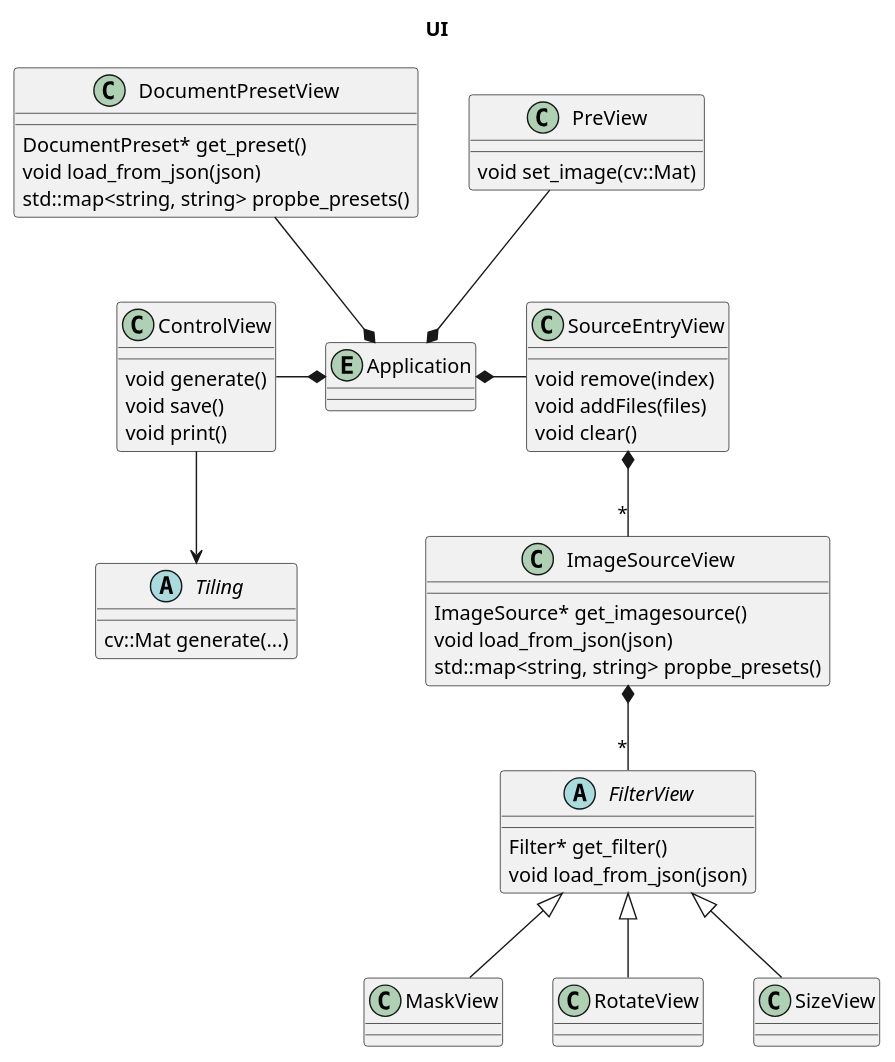
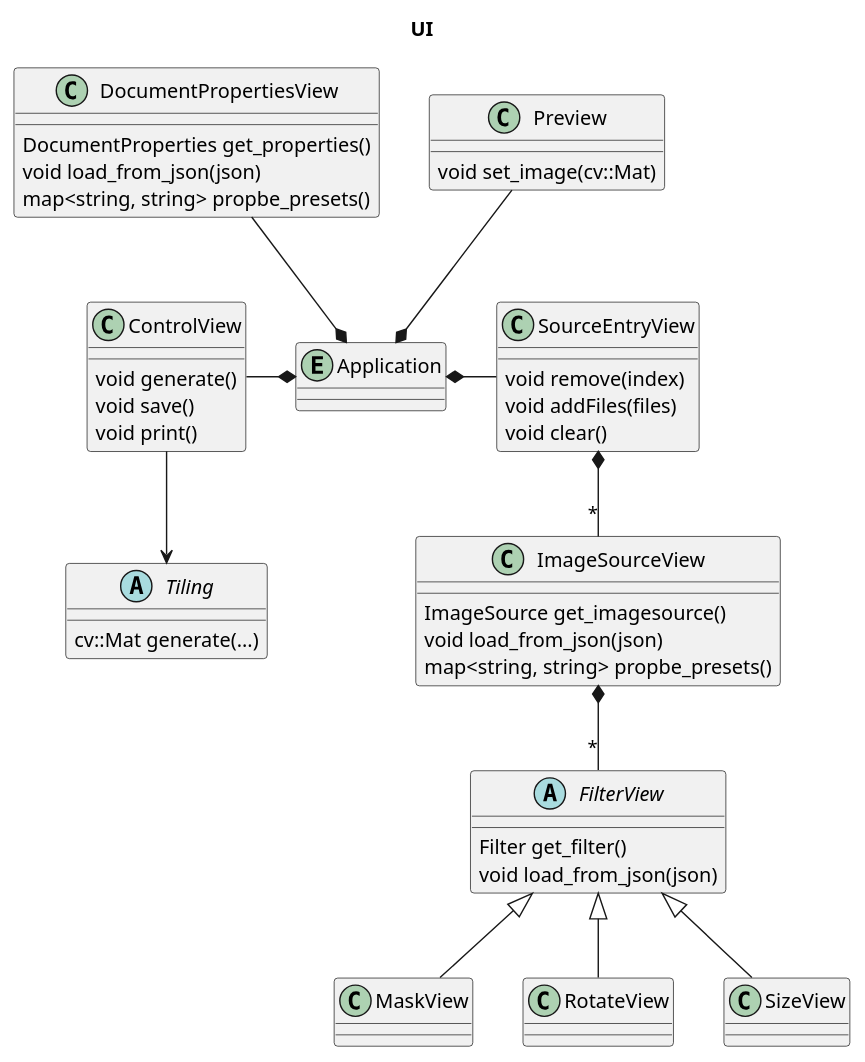
The diagram in uml/ui.puml (Gilgames32/printf), drawn with PlantUML before and after one commit. The commit also changed 3 other files, not shown here.

```diff
--- a/uml/ui.puml
+++ b/uml/ui.puml
@@ -1,68 +1,68 @@
 @startuml ui
 
 title UI
 
 entity Application {
 }
 
 
 class SourceEntryView {
     void remove(index)
     void addFiles(files)
     void clear()
 }
 Application *- SourceEntryView
 
 class ImageSourceView {
-    ImageSource* get_imagesource()
+    ImageSource get_imagesource()
     void load_from_json(json)
-    std::map<string, string> propbe_presets()
+    map<string, string> propbe_presets()
 }
 SourceEntryView *-- "*" ImageSourceView
 
 abstract FilterView {
-    Filter* get_filter()
+    Filter get_filter()
     void load_from_json(json)
 }
 ImageSourceView *-- "*" FilterView
 
 class MaskView {
 }
 FilterView <|-- MaskView
 
 class RotateView {
 }
 FilterView <|-- RotateView
 
 class SizeView {
 }
 FilterView <|-- SizeView
 
 
-class DocumentPresetView {
-    DocumentPreset* get_preset()
+class DocumentPropertiesView {
+    DocumentProperties get_properties()
     void load_from_json(json)
-    std::map<string, string> propbe_presets()
+    map<string, string> propbe_presets()
 }
-DocumentPresetView --* Application
+DocumentPropertiesView --* Application
 
 
 class ControlView {
     void generate()
     void save()
     void print()
 }
 ControlView -* Application
 
-class PreView{
+class Preview{
     void set_image(cv::Mat)
 }
-PreView --* Application
+Preview --* Application
 
 
 abstract Tiling {
     cv::Mat generate(...)
 }
 ControlView --> Tiling
 
 @enduml
```
